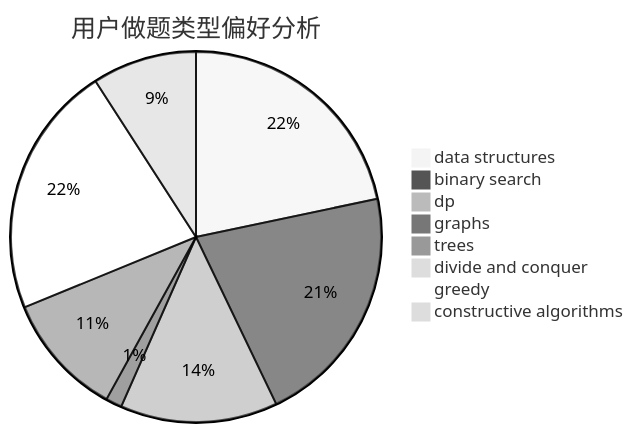
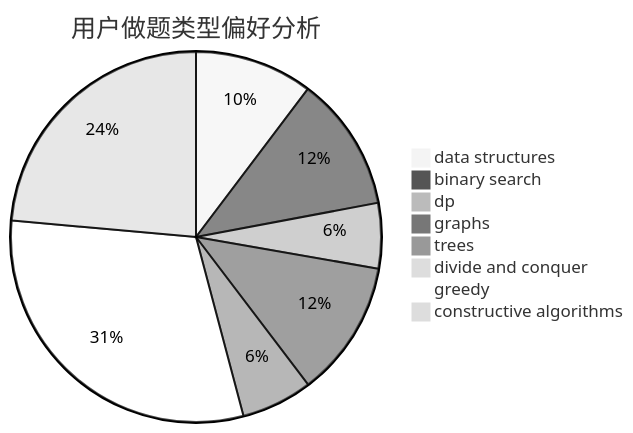
Before and after one commit to sherpahu/cfrs.github.io: the second of 3 diagrams in docs/user/u742.md, drawn with Mermaid (neutral theme). The commit also changed other lines of this file and 2770 other files, not shown here.

````diff
--- a/docs/user/u742.md
+++ b/docs/user/u742.md
@@ -23,11 +23,11 @@
 ```mermaid
 pie title 用户做题类型偏好分析
-    "data structures" :  169
-    "binary search" :  165
-    "dp" :  107
-    "graphs" :  11
-    "trees" :  84
-    "divide and conquer" :  0
-    "greedy" :  172
-    "constructive algorithms" :  71
+    "data structures" :  121
+    "binary search" :  138
+    "dp" :  67
+    "graphs" :  140
+    "trees" :  73
+    "divide and conquer" :  2
+    "greedy" :  359
+    "constructive algorithms" :  277
 ```
````
